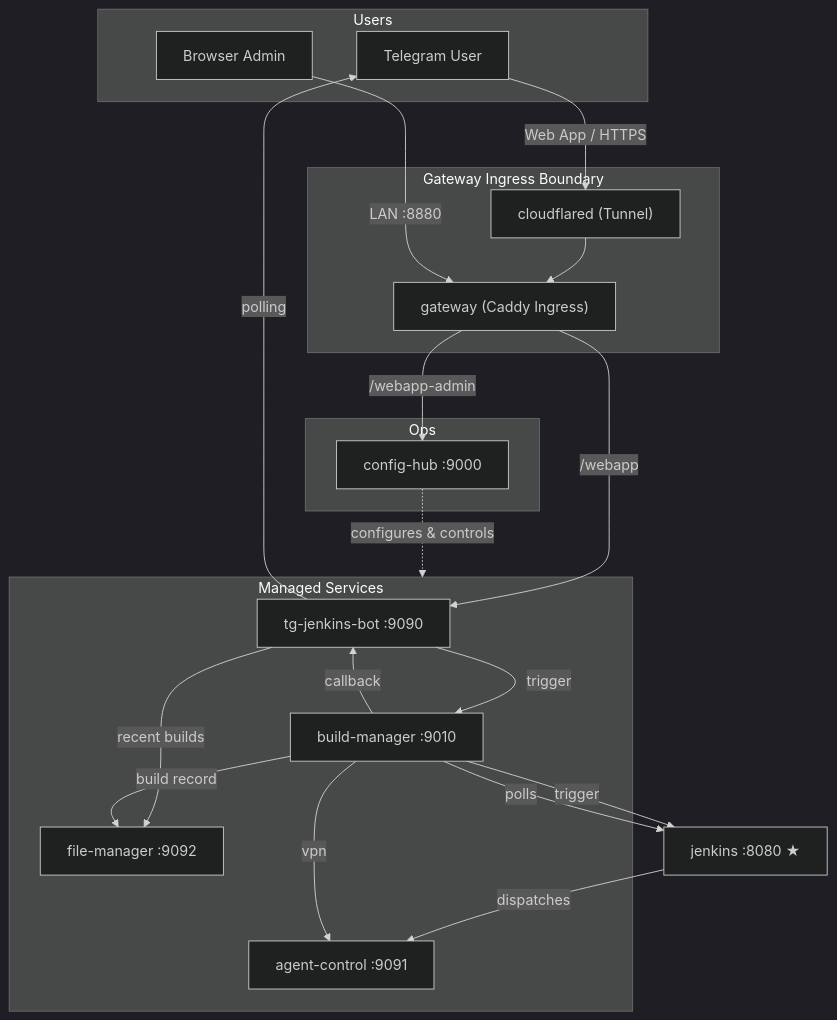
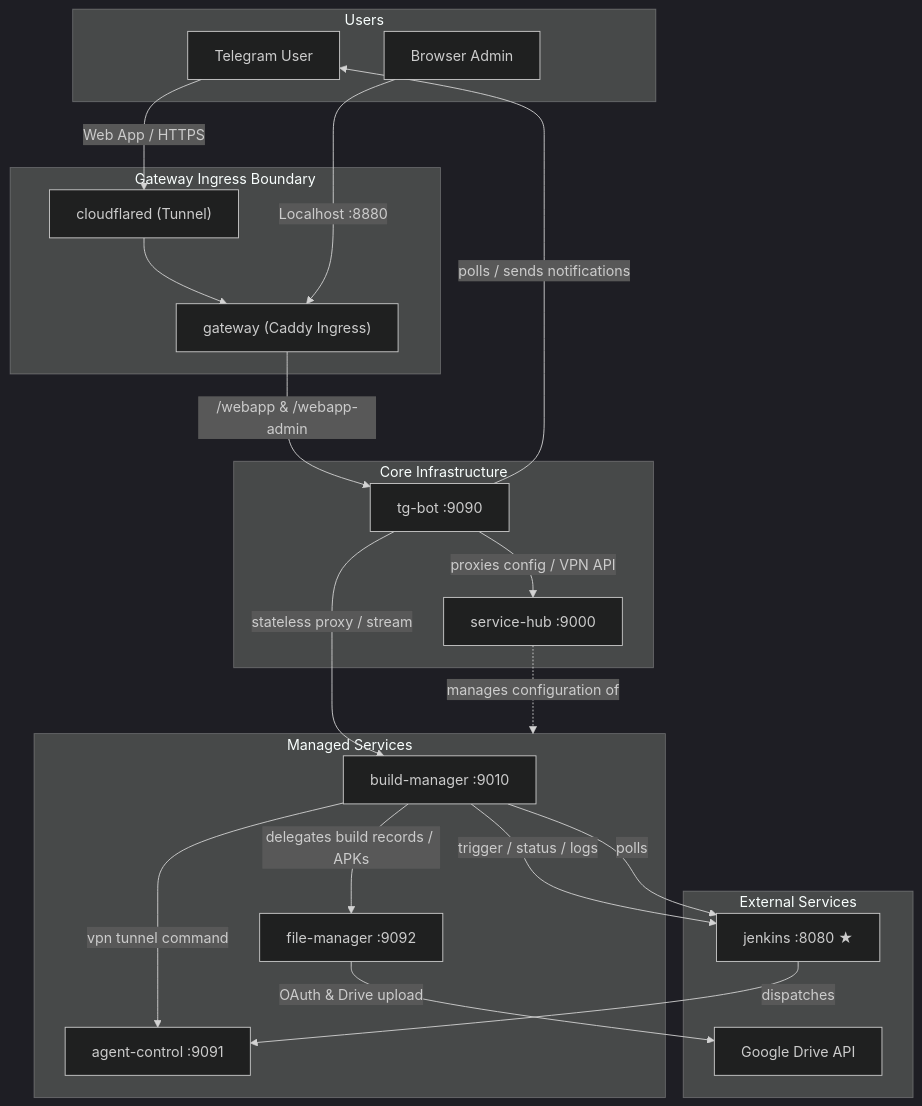
The diagram in README.md (VinhNgT/jenkins-flutter-bot), drawn with Mermaid (dark theme) before and after one commit. The commit also changed other lines of this file and 6 other files, not shown here.

````diff
--- a/README.md
+++ b/README.md
@@ -13,42 +13,44 @@
 ```mermaid
 graph TD
     subgraph users["Users"]
         TU["Telegram User"]
         BA["Browser Admin"]
     end
 
     subgraph public["Gateway Ingress Boundary"]
         CF["cloudflared (Tunnel)"]
         GW["gateway (Caddy Ingress)"]
     end
 
-    subgraph ops["Ops"]
-        CH["config-hub :9000"]
+    subgraph ops["Core Infrastructure"]
+        BOT["tg-bot :9090"]
+        SH["service-hub :9000"]
     end
 
     subgraph managed["Managed Services"]
-        BOT["tg-jenkins-bot :9090"]
         BM["build-manager :9010"]
         FM["file-manager :9092"]
         AGT["agent-control :9091"]
     end
 
-    JNK["jenkins :8080 ★"]
+    subgraph external["External Services"]
+        JNK["jenkins :8080 ★"]
+        GD["Google Drive API"]
+    end
 
-    TU -- Web App / HTTPS --> CF
+    TU -- "Web App / HTTPS" --> CF
     CF --> GW
-    GW -- "/webapp" --> BOT
-    BOT -- polling --> TU
-    BA -- LAN :8880 --> GW
-    GW -- "/webapp-admin" --> CH
-    CH -. "configures & controls" .-> managed
+    BA -- "Localhost :8880" --> GW
+    GW -- "/webapp & /webapp-admin" --> BOT
+    BOT -- "polls / sends notifications" --> TU
+    BOT -- "proxies config / VPN API" --> SH
+    SH -. "manages configuration of" .-> managed
 
-    BOT -- trigger --> BM
-    BOT -- recent builds --> FM
-    BM -- trigger --> JNK
-    JNK -- dispatches --> AGT
-    BM -- polls --> JNK
-    BM -- build record --> FM
-    BM -- vpn --> AGT
-    BM -- callback --> BOT
+    BOT -- "stateless proxy / stream" --> BM
+    BM -- "trigger / status / logs" --> JNK
+    JNK -- "dispatches" --> AGT
+    BM -- "polls" --> JNK
+    BM -- "delegates build records / APKs" --> FM
+    BM -- "vpn tunnel command" --> AGT
+    FM -- "OAuth & Drive upload" --> GD
 ```
````
